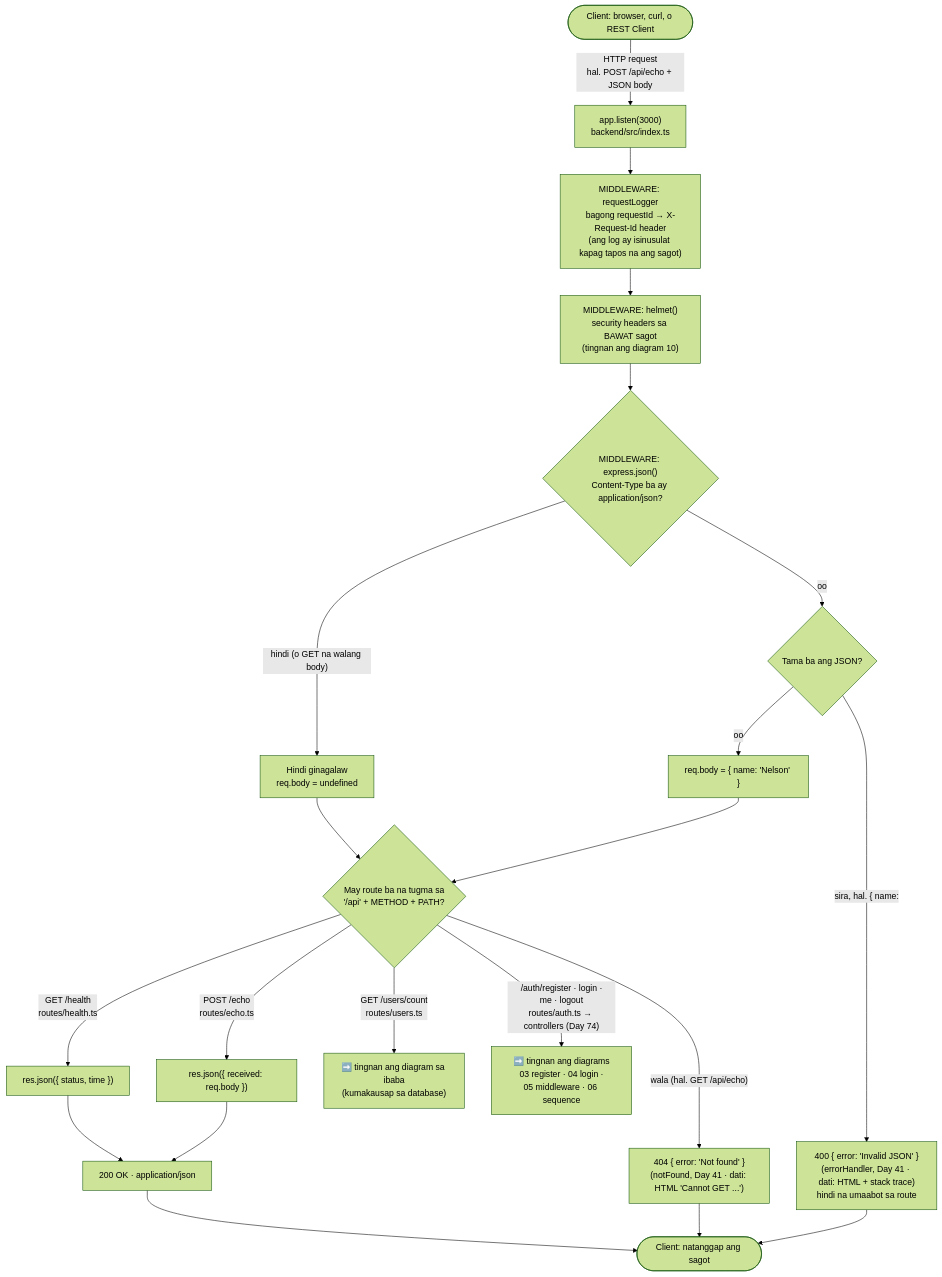
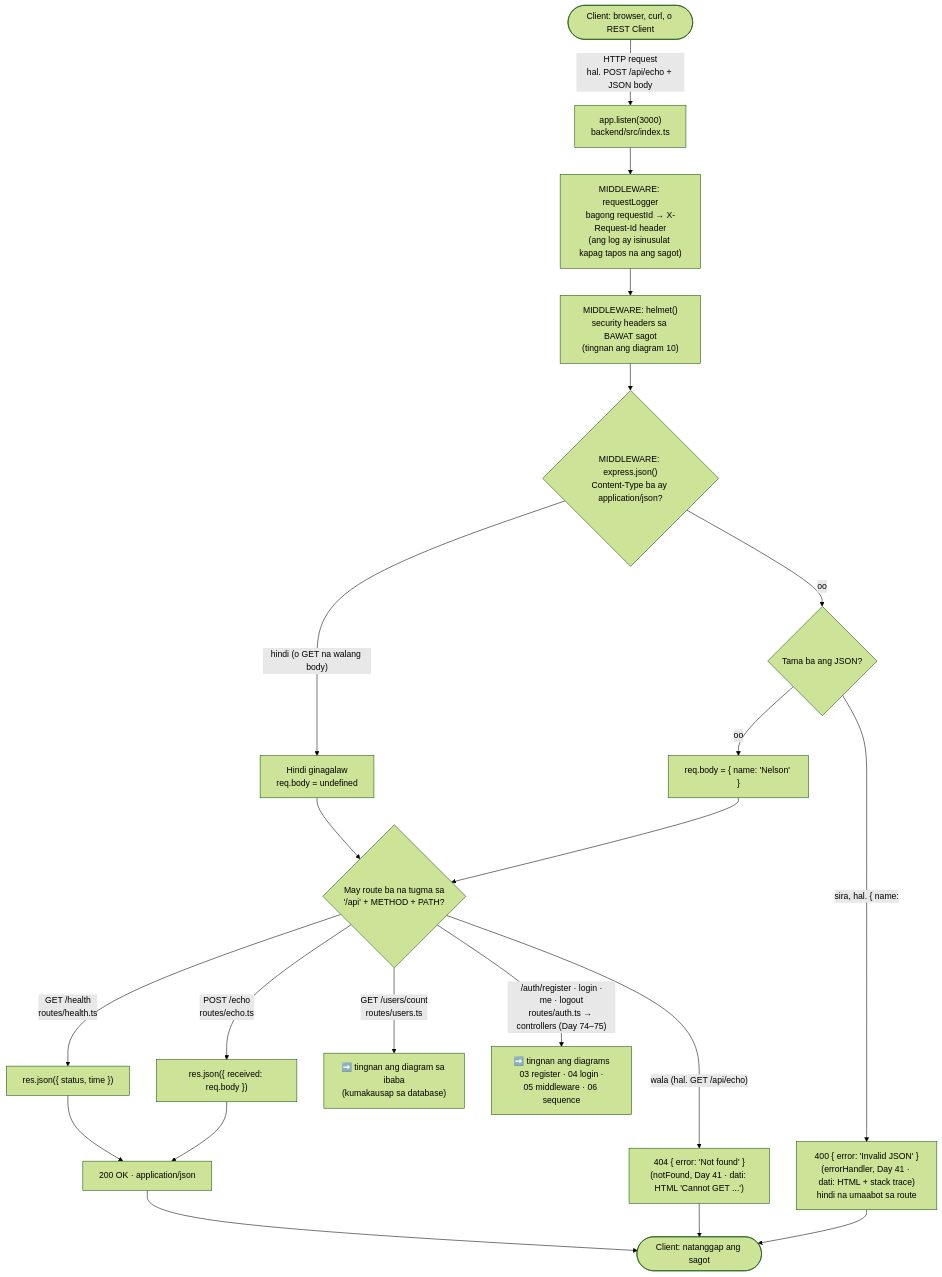
One commit to nelson1869-ai/auth-learning changed the first of 3 diagrams in docs/diagrams/01-request-lifecycle.md. Above: the diagram before and after it, drawn with Mermaid (forest theme). The commit also changed 18 other files, not shown here.

First line of the commit message:
docs: Day 75 controller/service in diagrams, .http, architecture, journal

````diff
--- a/docs/diagrams/01-request-lifecycle.md
+++ b/docs/diagrams/01-request-lifecycle.md
@@ -10,23 +10,23 @@
 ```mermaid
 flowchart TD
     Start(["Client: browser, curl, o REST Client"]) -->|"HTTP request<br/>hal. POST /api/echo + JSON body"| Listen["app.listen(3000)<br/>backend/src/index.ts"]
     Listen --> Log["MIDDLEWARE: requestLogger<br/>bagong requestId → X-Request-Id header<br/>(ang log ay isinusulat kapag tapos na ang sagot)"]
     Log --> Helmet["MIDDLEWARE: helmet()<br/>security headers sa BAWAT sagot<br/>(tingnan ang diagram 10)"]
     Helmet --> Json{"MIDDLEWARE: express.json()<br/>Content-Type ba ay application/json?"}
     Json -->|"hindi (o GET na walang body)"| Skip["Hindi ginagalaw<br/>req.body = undefined"]
     Json -->|"oo"| Parse{"Tama ba ang JSON?"}
     Parse -->|"oo"| Body["req.body = { name: 'Nelson' }"]
     Parse -->|"sira, hal. { name:"| Bad["400 { error: 'Invalid JSON' }<br/>(errorHandler, Day 41 · dati: HTML + stack trace)<br/>hindi na umaabot sa route"]
     Skip --> Match
     Body --> Match{"May route ba na tugma sa<br/>'/api' + METHOD + PATH?"}
     Match -->|"GET /health<br/>routes/health.ts"| Health["res.json({ status, time })"]
     Match -->|"POST /echo<br/>routes/echo.ts"| Echo["res.json({ received: req.body })"]
     Match -->|"GET /users/count<br/>routes/users.ts"| Users["➡️ tingnan ang diagram sa ibaba<br/>(kumakausap sa database)"]
-    Match -->|"/auth/register · login ·<br/>me · logout<br/>routes/auth.ts → controllers (Day 74)"| AuthR["➡️ tingnan ang diagrams<br/>03 register · 04 login ·<br/>05 middleware · 06 sequence"]
+    Match -->|"/auth/register · login ·<br/>me · logout<br/>routes/auth.ts → controllers (Day 74–75)"| AuthR["➡️ tingnan ang diagrams<br/>03 register · 04 login ·<br/>05 middleware · 06 sequence"]
     Match -->|"wala (hal. GET /api/echo)"| NotFound["404 { error: 'Not found' }<br/>(notFound, Day 41 · dati: HTML 'Cannot GET ...')"]
     Health --> OK["200 OK · application/json"]
     Echo --> OK
     OK --> Done(["Client: natanggap ang sagot"])
     Bad --> Done
     NotFound --> Done
 ```
````
